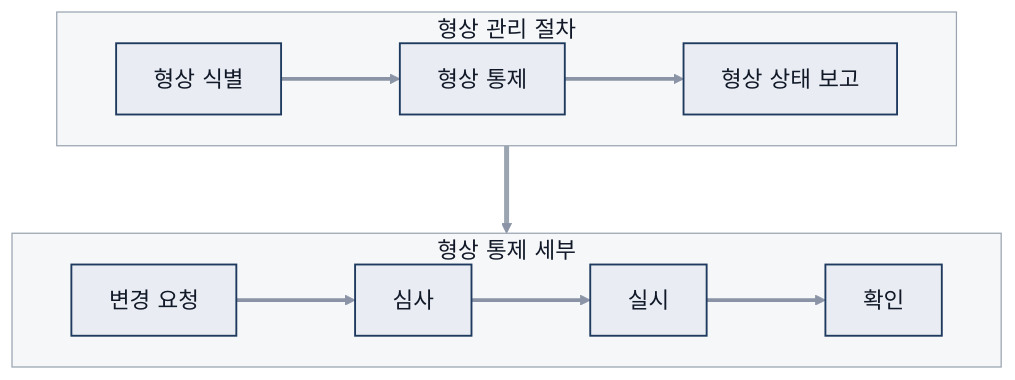
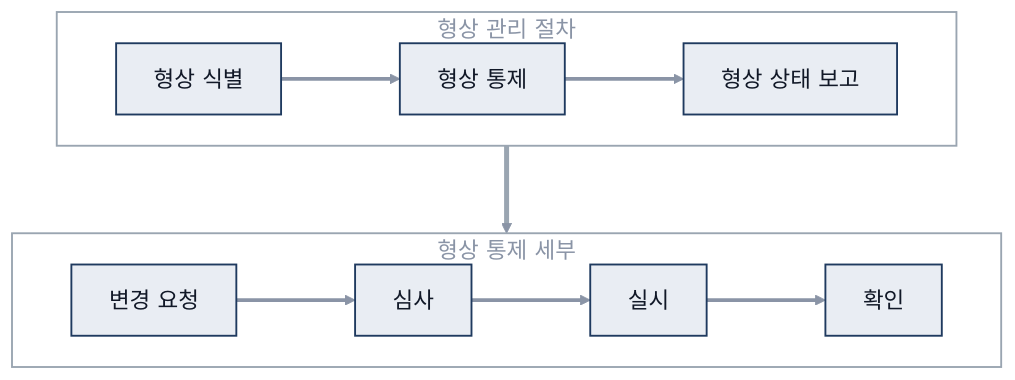
One commit to Jenny5789/python changed the second of 2 diagrams in study_archive/software_engineering/11_project_management.md. Above: the diagram before and after it, drawn with Mermaid. The commit also changed other lines of this file and 16 other files, not shown here.

````diff
--- a/study_archive/software_engineering/11_project_management.md
+++ b/study_archive/software_engineering/11_project_management.md
@@ -57,18 +58,18 @@
 ```mermaid
 %%{init: {'theme': 'base', 'themeVariables': {'fontSize': '18px', 'primaryColor': '#E9EDF3', 'primaryBorderColor': '#1F3A5F', 'primaryTextColor': '#111827', 'lineColor': '#8A94A6', 'secondaryColor': '#F3F4F6', 'tertiaryColor': '#F3F4F6', 'clusterBkg': '#F6F7F9', 'clusterBorder': '#9AA5B1', 'edgeLabelBackground': '#E9EDF3'}, 'flowchart': {'nodeSpacing': 30, 'rankSpacing': 70}}}%%
 flowchart TD
   classDef default fill:#E9EDF3,stroke:#1F3A5F,stroke-width:1.5px,color:#111827
   linkStyle default stroke:#8A94A6,stroke-width:3px,color:#111827
   subgraph R1["형상 관리 절차"]
     direction LR
     A["형상 식별"] --> B["형상 통제"] --> C["형상 상태 보고"]
   end
   subgraph R2["형상 통제 세부"]
     direction LR
     D["변경 요청"] --> E["심사"] --> F["실시"] --> G["확인"]
   end
   R1 --> R2
-  style R1 fill:#F6F7F9,stroke:#9AA5B1,color:#111827
-  style R2 fill:#F6F7F9,stroke:#9AA5B1,color:#111827
+  style R1 fill:none,stroke:#9AA5B1,stroke-width:1.5px,color:#8A94A6
+  style R2 fill:none,stroke:#9AA5B1,stroke-width:1.5px,color:#8A94A6
   linkStyle 5 stroke:#9AA5B1,stroke-width:4px
 ```
````
